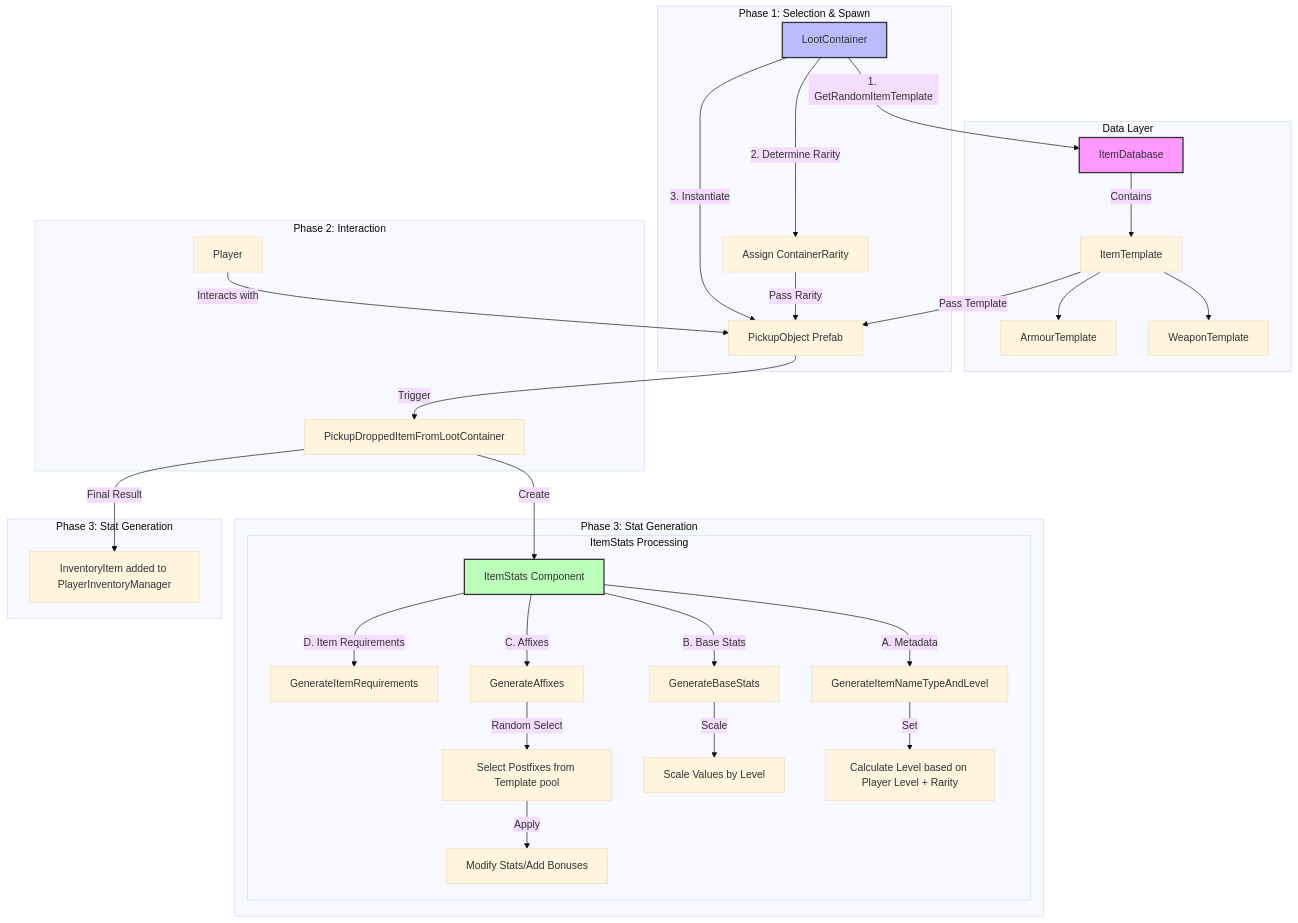
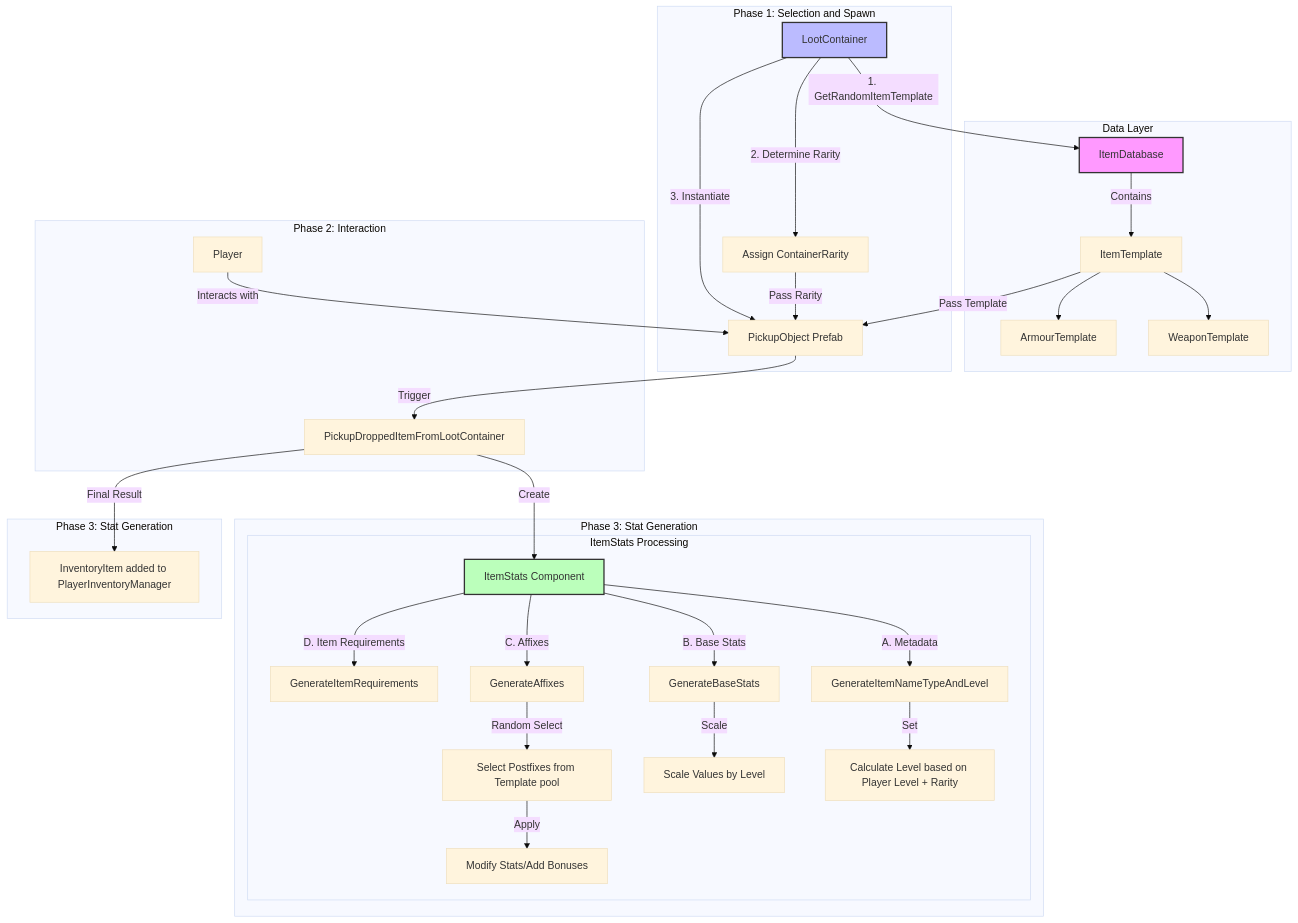
One commit to SilenceOfTheLambdas/Pyrite changed the diagram in Project_Log.md. Above: the diagram before and after it, drawn with Mermaid (base theme). The commit also changed other lines of this file and 1 other file, not shown here.

````diff
--- a/Project_Log.md
+++ b/Project_Log.md
@@ -244,46 +247,46 @@
 ```mermaid
 graph TD
     subgraph Data Layer
         IDB[ItemDatabase] -->|Contains| IT[ItemTemplate]
         IT --> WT[WeaponTemplate]
         IT --> AT[ArmourTemplate]
     end
 
-    subgraph Phase 1: Selection & Spawn
+    subgraph Phase 1: Selection and Spawn
         LC[LootContainer] -->|1. GetRandomItemTemplate| IDB
         LC -->|2. Determine Rarity| LC_RAR[Assign ContainerRarity]
         LC -->|3. Instantiate| PO[PickupObject Prefab]
         LC_RAR -->|Pass Rarity| PO
         IT -->|Pass Template| PO
     end
 
     subgraph Phase 2: Interaction
         Player -->|Interacts with| PO
         PO -->|Trigger| PO_GEN[PickupDroppedItemFromLootContainer]
     end
 
     subgraph Phase 3: Stat Generation
         PO_GEN -->|Create| IS[ItemStats Component]
         
         subgraph ItemStats Processing
             IS -->|A. Metadata| GEN_META[GenerateItemNameTypeAndLevel]
             GEN_META -->|Set| LVL[Calculate Level based on Player Level + Rarity]
             
             IS -->|B. Base Stats| GEN_BASE[GenerateBaseStats]
             GEN_BASE -->|Scale| SC[Scale Values by Level]
             
             IS -->|C. Affixes| GEN_AFF[GenerateAffixes]
             GEN_AFF -->|Random Select| AF[Select Postfixes from Template pool]
             AF -->|Apply| AF_EFFECTS[Modify Stats/Add Bonuses]
 
             IS -->|D. Item Requirements| A[GenerateItemRequirements]
         end
     end
 
     subgraph Phase 3: Stat Generation
         PO_GEN -->|Final Result| INV[InventoryItem added to PlayerInventoryManager]
     end
     style IDB fill:#f9f,stroke:#333,stroke-width:2px
     style LC fill:#bbf,stroke:#333,stroke-width:2px
     style IS fill:#bfb,stroke:#333,stroke-width:2px
 ```
````
